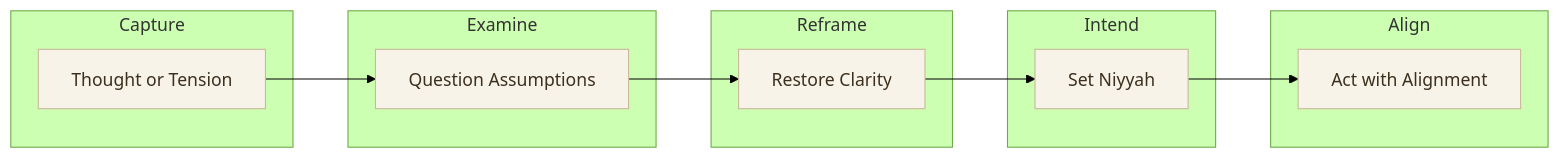
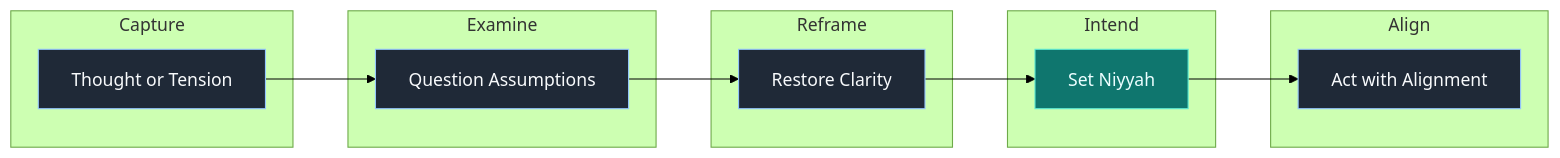
The first of 3 diagrams in README.md (byteworthy/Qamar), drawn with Mermaid (forest theme) before and after one commit. The commit also changed other lines of this file, not shown here.

````diff
--- a/README.md
+++ b/README.md
@@ -34,23 +40,25 @@
 ```mermaid
 flowchart LR
   subgraph Step1[Capture]
     A[Thought or Tension]
   end
   subgraph Step2[Examine]
     B[Question Assumptions]
   end
   subgraph Step3[Reframe]
     C[Restore Clarity]
   end
   subgraph Step4[Intend]
     D[Set Niyyah]
   end
   subgraph Step5[Align]
     E[Act with Alignment]
   end
 
   A --> B --> C --> D --> E
 
-  classDef step fill:#f8f3e8,stroke:#c9b99b,color:#3b2f1e;
-  class A,B,C,D,E step;
+  classDef step fill:#1f2937,stroke:#93c5fd,color:#f8fafc;
+  classDef accent fill:#0f766e,stroke:#5eead4,color:#ecfeff;
+  class A,B,C,E step;
+  class D accent;
 ```
````
